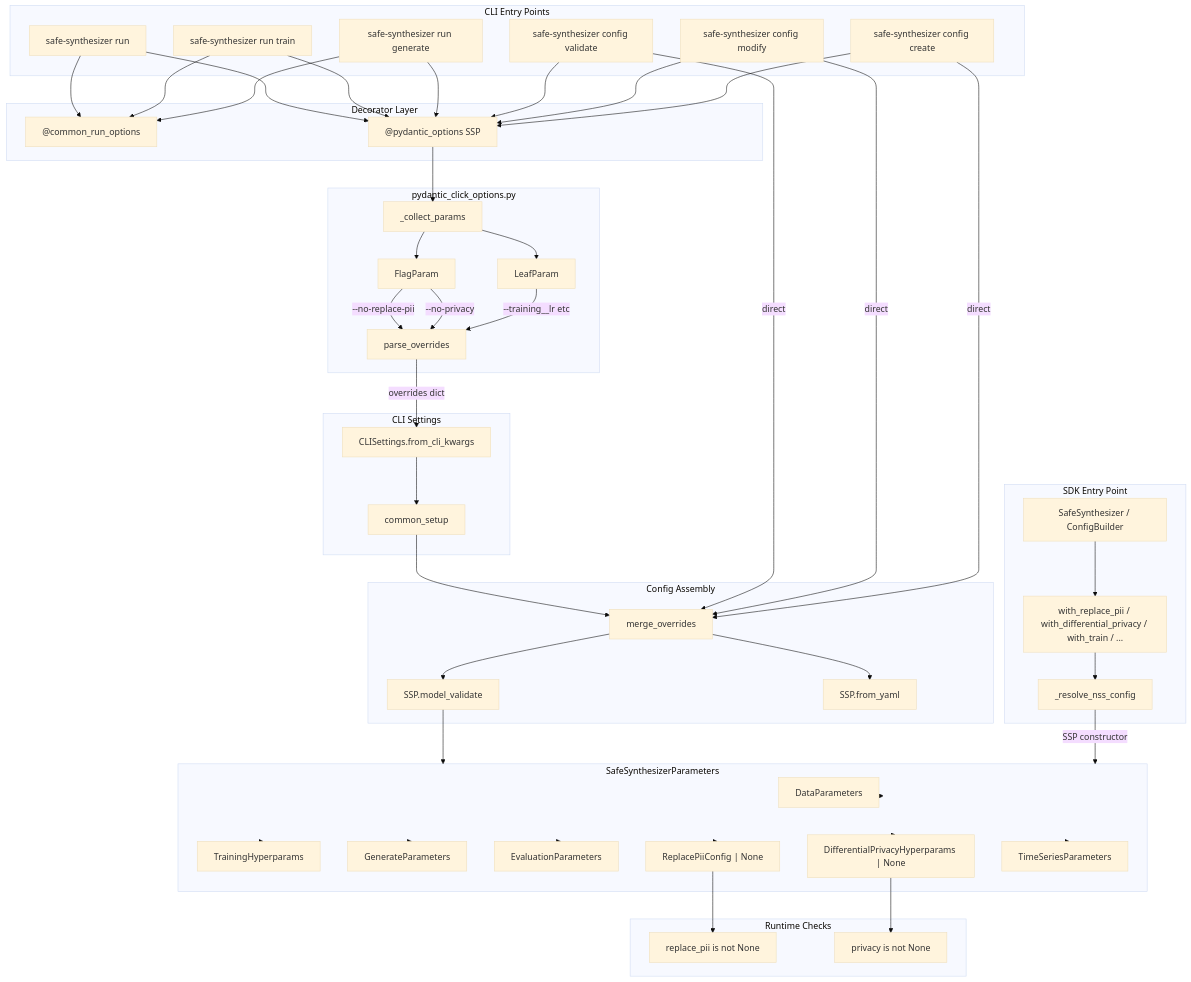
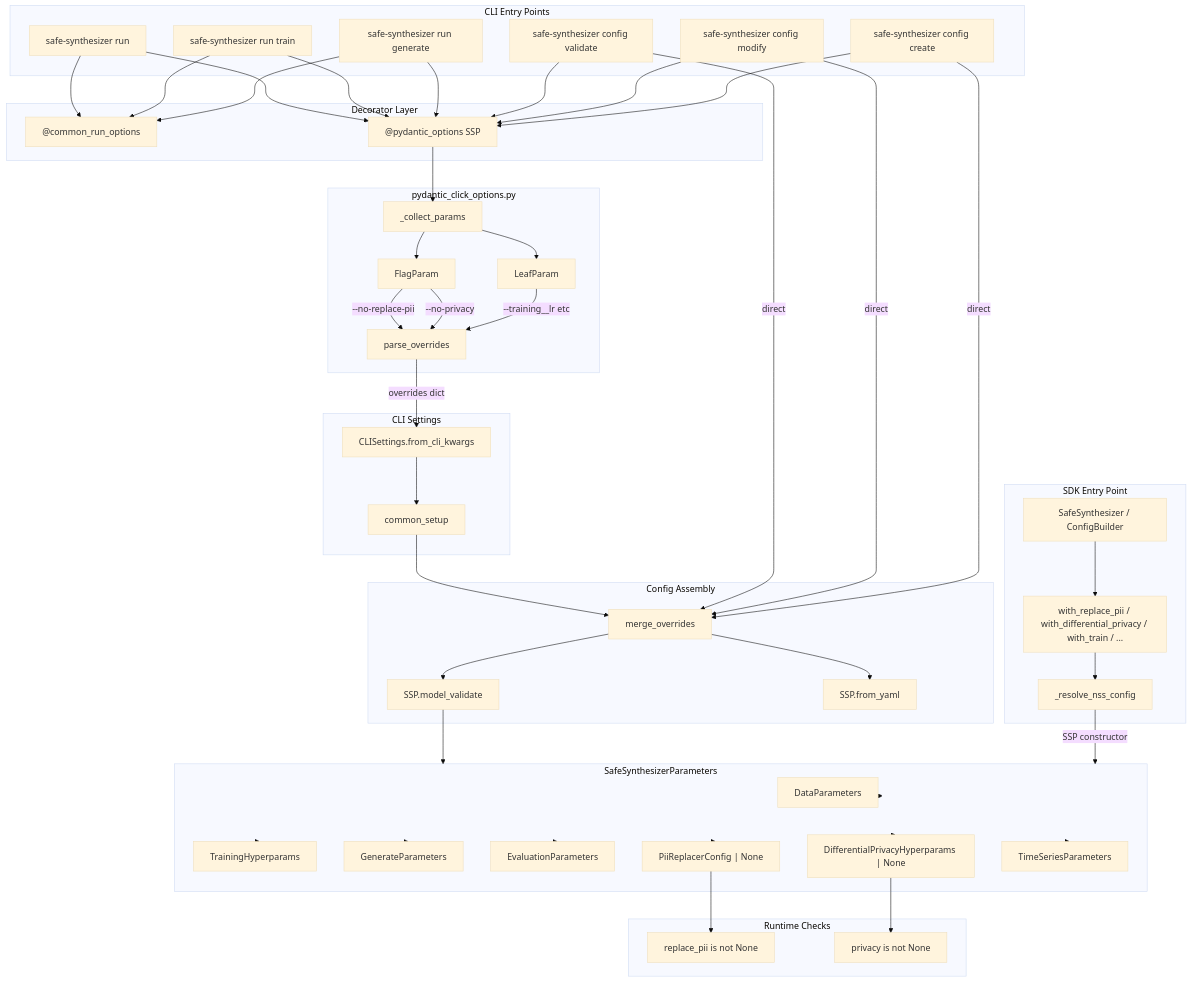
Before and after one commit to NVIDIA-NeMo/Safe-Synthesizer: the second of 4 diagrams in docs/developer-guide/architecture.md, drawn with Mermaid (base theme). The commit also changed other lines of this file and 49 other files, not shown here.

```diff
--- a/docs/developer-guide/architecture.md
+++ b/docs/developer-guide/architecture.md
@@ -188,7 +188,7 @@
         training_p["TrainingHyperparams"]
         gen_p["GenerateParameters"]
         eval_p["EvaluationParameters"]
-        pii_p["ReplacePiiConfig | None"]
+        pii_p["PiiReplacerConfig | None"]
         dp_p["DifferentialPrivacyHyperparams | None"]
         ts_p["TimeSeriesParameters"]
     end
```
